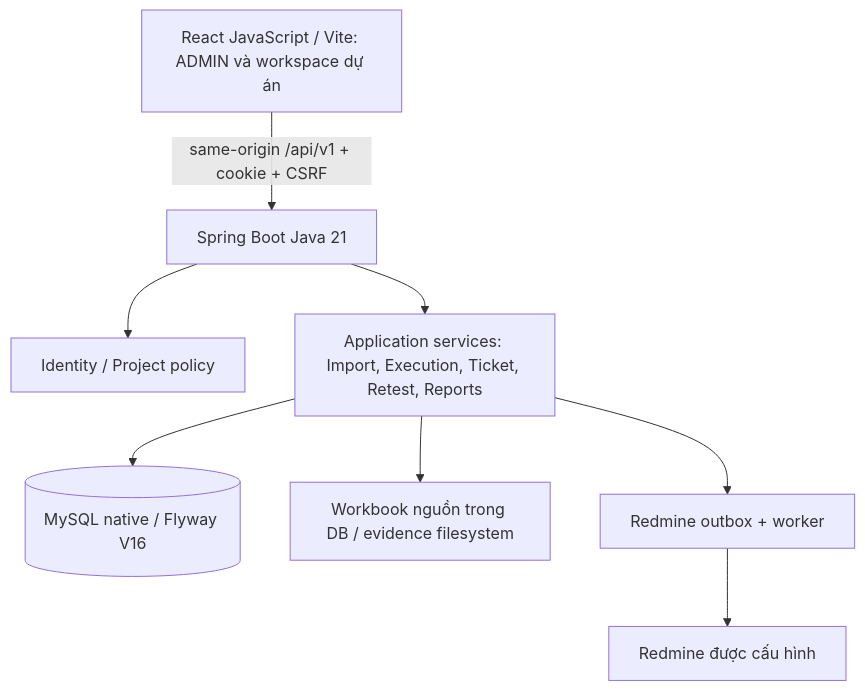
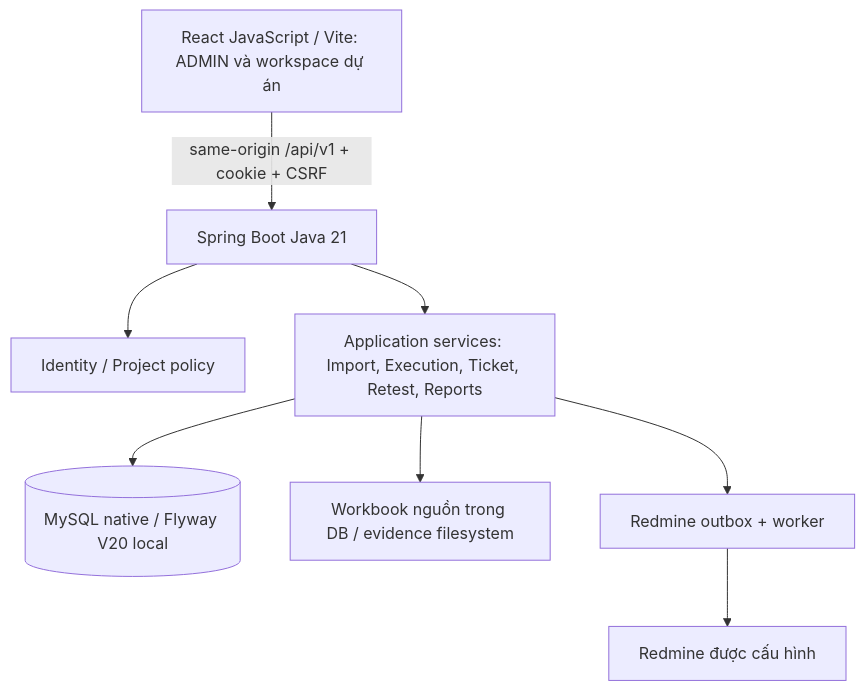
Before and after one commit to donhungnttttttt-hash/KTN_11235645_DoCamNhung: the first of 2 diagrams in docs/product/SYSTEM-SPECIFICATION.md, drawn with Mermaid. The commit also changed other lines of this file and 25 other files, not shown here.

````diff
--- a/docs/product/SYSTEM-SPECIFICATION.md
+++ b/docs/product/SYSTEM-SPECIFICATION.md
@@ -26,10 +26,10 @@
 ```mermaid
 flowchart TB
   UI[React JavaScript / Vite: ADMIN và workspace dự án] -->|same-origin /api/v1 + cookie + CSRF| API[Spring Boot Java 21]
   API --> AUTH[Identity / Project policy]
   API --> APP[Application services: Import, Execution, Ticket, Retest, Reports]
-  APP --> DB[(MySQL native / Flyway V16)]
+  APP --> DB[(MySQL native / Flyway V20 local)]
   APP --> FILES[Workbook nguồn trong DB / evidence filesystem]
   APP --> OUT[Redmine outbox + worker]
   OUT --> RM[Redmine được cấu hình]
 ```
````
